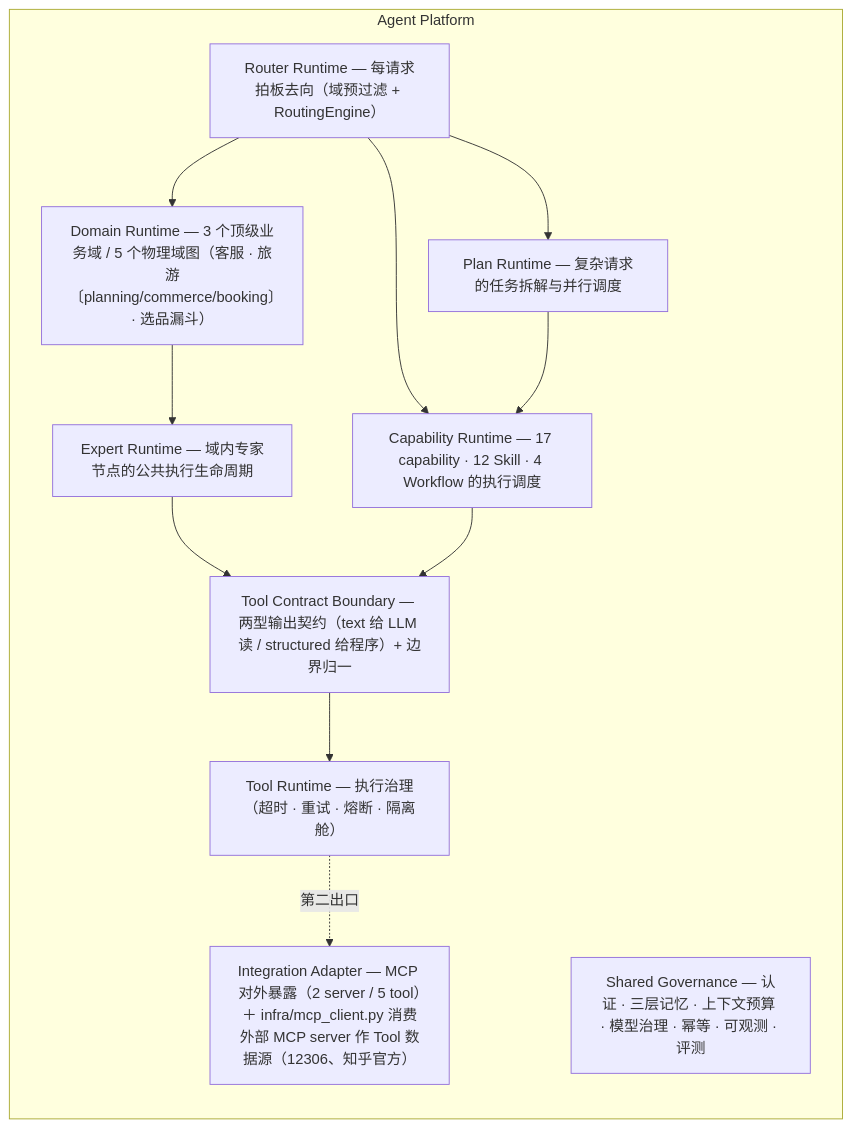
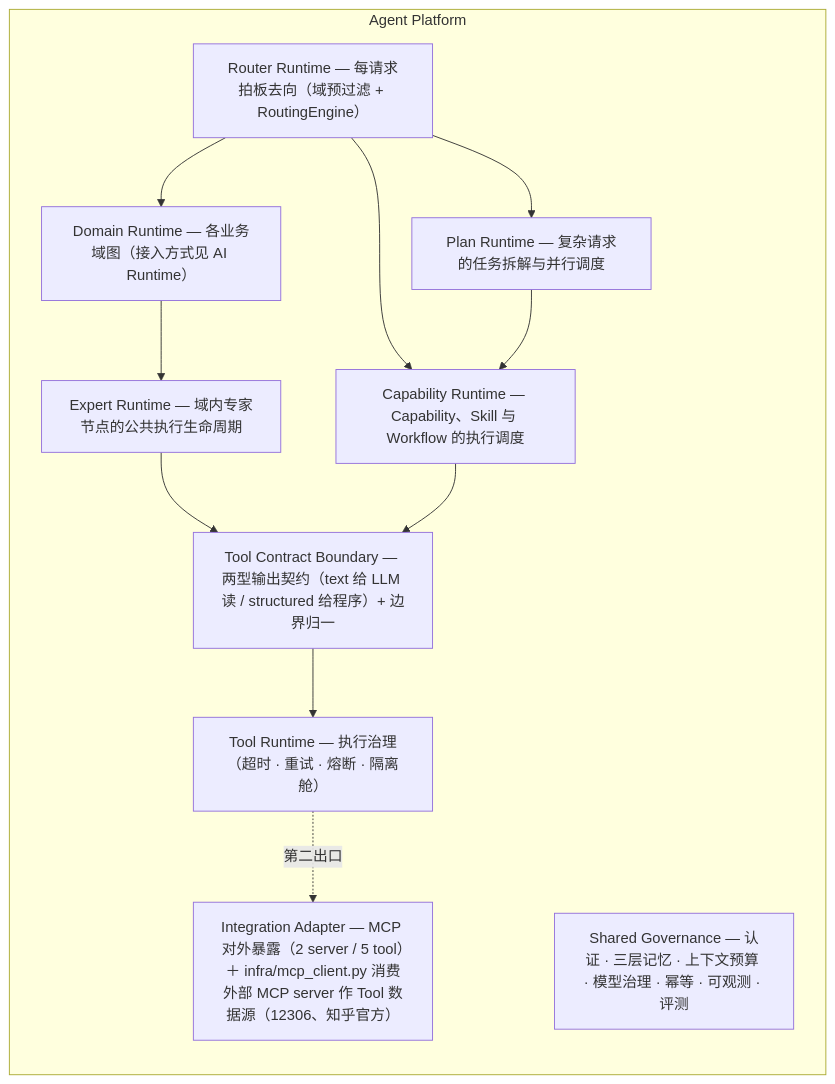
The third of 3 diagrams in README.md (Jayus-07/agent), drawn with Mermaid before and after one commit. The commit also changed other lines of this file and 65 other files, not shown here.

````diff
--- a/README.md
+++ b/README.md
@@ -113,21 +113,21 @@
 ```mermaid
 flowchart TB
     subgraph PLATFORM["Agent Platform"]
         direction TB
         RR["Router Runtime — 每请求拍板去向（域预过滤 + RoutingEngine）"]
-        DR["Domain Runtime — 3 个顶级业务域 / 5 个物理域图（客服 · 旅游〔planning/commerce/booking〕· 选品漏斗）"]
-        CR["Capability Runtime — 17 capability · 12 Skill · 4 Workflow 的执行调度"]
+        DR["Domain Runtime — 各业务域图（接入方式见 AI Runtime）"]
+        CR["Capability Runtime — Capability、Skill 与 Workflow 的执行调度"]
         PR["Plan Runtime — 复杂请求的任务拆解与并行调度"]
         ER["Expert Runtime — 域内专家节点的公共执行生命周期"]
         TCB["Tool Contract Boundary — 两型输出契约（text 给 LLM 读 / structured 给程序）+ 边界归一"]
         TR["Tool Runtime — 执行治理（超时 · 重试 · 熔断 · 隔离舱）"]
         MCP["Integration Adapter — MCP 对外暴露（2 server / 5 tool）＋ infra/mcp_client.py 消费外部 MCP server 作 Tool 数据源（12306、知乎官方）"]
         GOV["Shared Governance — 认证 · 三层记忆 · 上下文预算 · 模型治理 · 幂等 · 可观测 · 评测"]
         RR --> DR
         RR --> CR
         RR --> PR --> CR
         DR --> ER --> TCB
         CR --> TCB --> TR
         TR -.->|"第二出口"| MCP
     end
 ```
````
